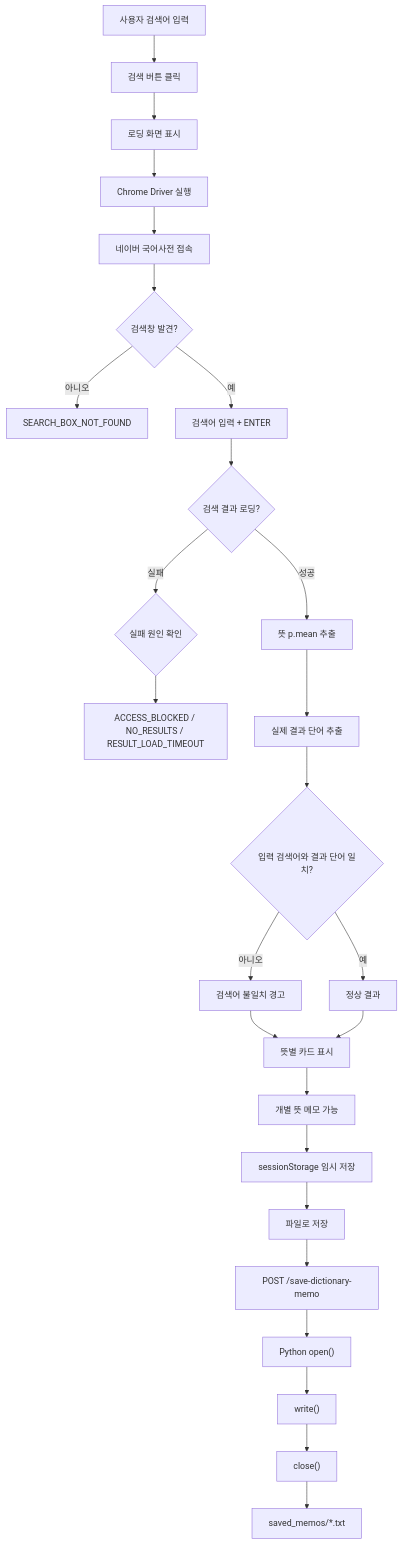
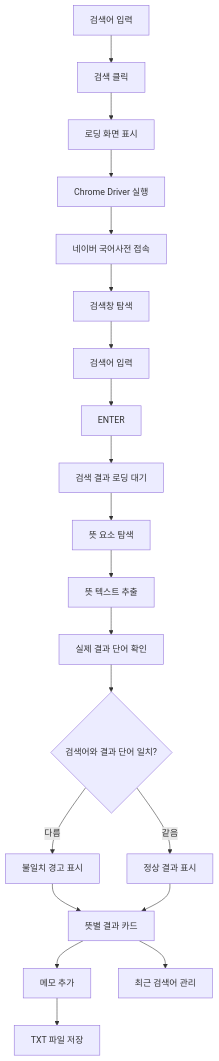
One commit to 00-Dohyun-00/hyundai_autoever_mobility_sw_school_python_project changed the diagram in README.md. Above: the diagram before and after it, drawn with Mermaid. The commit also changed other lines of this file, not shown here.

````diff
--- a/README.md
+++ b/README.md
@@ -566,54 +698,42 @@
 ```mermaid
 flowchart TD
 
-    A["사용자 검색어 입력"]
-    --> B["검색 버튼 클릭"]
+    A["검색어 입력"]
+    --> B["검색 클릭"]
 
     B --> C["로딩 화면 표시"]
 
     C --> D["Chrome Driver 실행"]
 
     D --> E["네이버 국어사전 접속"]
 
-    E --> F{"검색창 발견?"}
+    E --> F["검색창 탐색"]
 
-    F -- 아니오 --> ERROR1["SEARCH_BOX_NOT_FOUND"]
+    F --> G["검색어 입력"]
 
-    F -- 예 --> G["검색어 입력 + ENTER"]
+    G --> H["ENTER"]
 
-    G --> H{"검색 결과 로딩?"}
+    H --> I["검색 결과 로딩 대기"]
 
-    H -- 실패 --> I{"실패 원인 확인"}
+    I --> J["뜻 요소 탐색"]
 
-    I --> ERROR2["ACCESS_BLOCKED / NO_RESULTS / RESULT_LOAD_TIMEOUT"]
+    J --> K["뜻 텍스트 추출"]
 
-    H -- 성공 --> J["뜻 p.mean 추출"]
+    K --> L["실제 결과 단어 확인"]
 
-    J --> K["실제 결과 단어 추출"]
+    L --> M{"검색어와 결과 단어 일치?"}
 
-    K --> L{"입력 검색어와 결과 단어 일치?"}
+    M -- "다름" --> N["불일치 경고 표시"]
 
-    L -- 아니오 --> M["검색어 불일치 경고"]
+    M -- "같음" --> O["정상 결과 표시"]
 
-    L -- 예 --> N["정상 결과"]
+    N --> P["뜻별 결과 카드"]
 
-    M --> O["뜻별 카드 표시"]
+    O --> P
 
-    N --> O
+    P --> Q["메모 추가"]
 
-    O --> P["개별 뜻 메모 가능"]
+    P --> R["최근 검색어 관리"]
 
-    P --> Q["sessionStorage 임시 저장"]
-
-    Q --> R["파일로 저장"]
-
-    R --> S["POST /save-dictionary-memo"]
-
-    S --> T["Python open()"]
-
-    T --> U["write()"]
-
-    U --> V["close()"]
-
-    V --> W["saved_memos/*.txt"]
+    Q --> S["TXT 파일 저장"]
 ```
````
